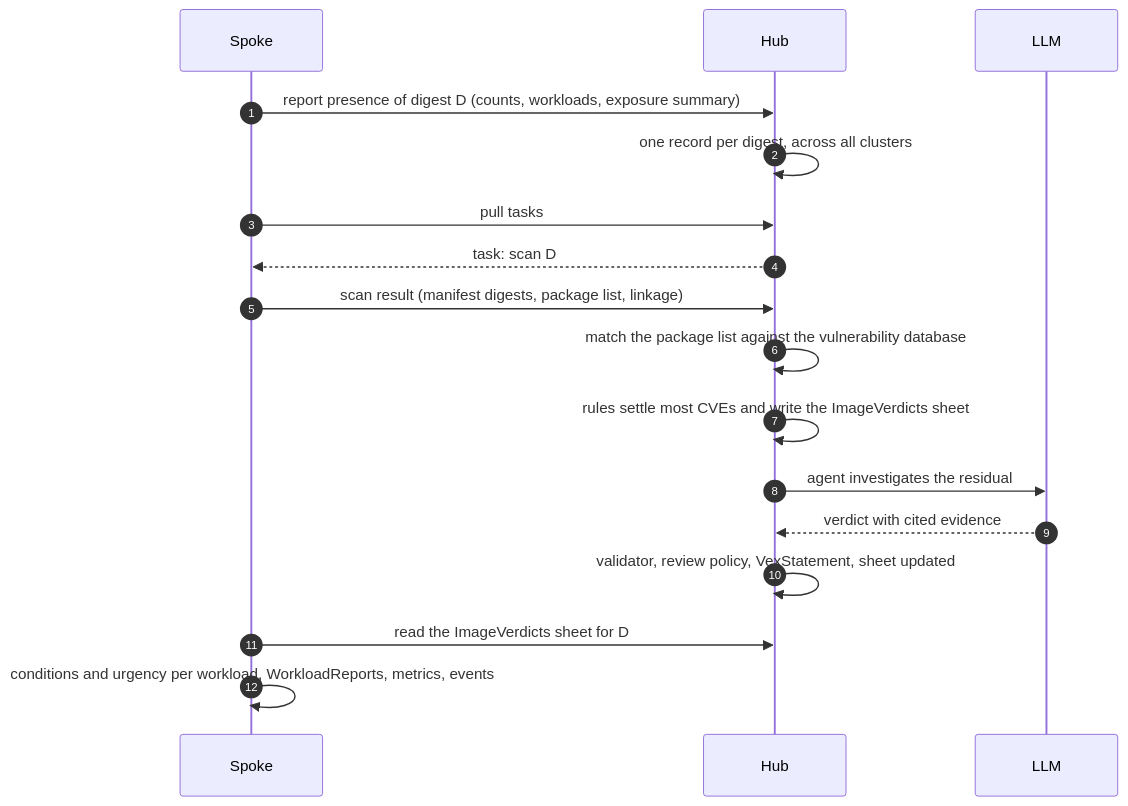
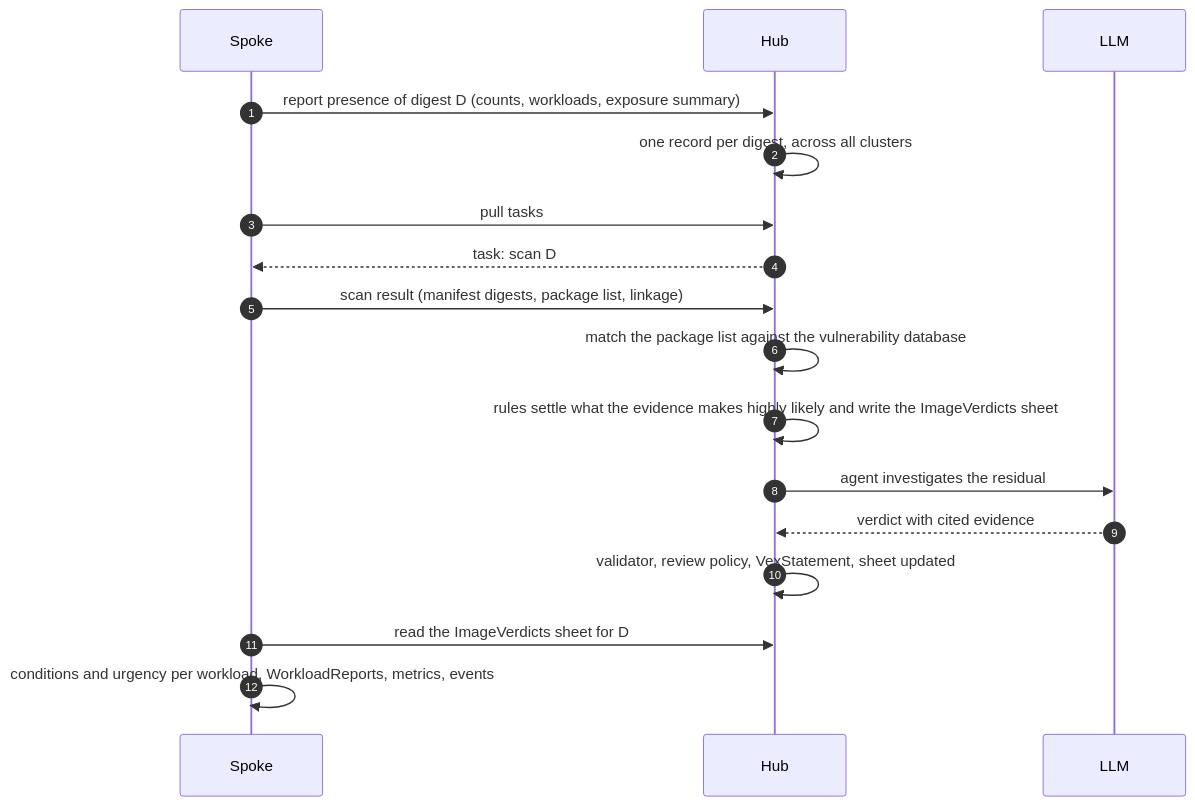
The second of 2 diagrams in docs/design/2026-10-29-vexplain-design.md (bedag/vexplain), drawn with Mermaid before and after one commit. The commit also changed other lines of this file and 4 other files, not shown here.

````diff
--- a/docs/design/2026-10-29-vexplain-design.md
+++ b/docs/design/2026-10-29-vexplain-design.md
@@ -220,19 +220,19 @@
 ```mermaid
 sequenceDiagram
   autonumber
   participant S as Spoke
   participant H as Hub
   participant L as LLM
   S->>H: report presence of digest D (counts, workloads, exposure summary)
   H->>H: one record per digest, across all clusters
   S->>H: pull tasks
   H-->>S: task: scan D
   S->>H: scan result (manifest digests, package list, linkage)
   H->>H: match the package list against the vulnerability database
-  H->>H: rules settle most CVEs and write the ImageVerdicts sheet
+  H->>H: rules settle what the evidence makes highly likely and write the ImageVerdicts sheet
   H->>L: agent investigates the residual
   L-->>H: verdict with cited evidence
   H->>H: validator, review policy, VexStatement, sheet updated
   S->>H: read the ImageVerdicts sheet for D
   S->>S: conditions and urgency per workload, WorkloadReports, metrics, events
 ```
````
